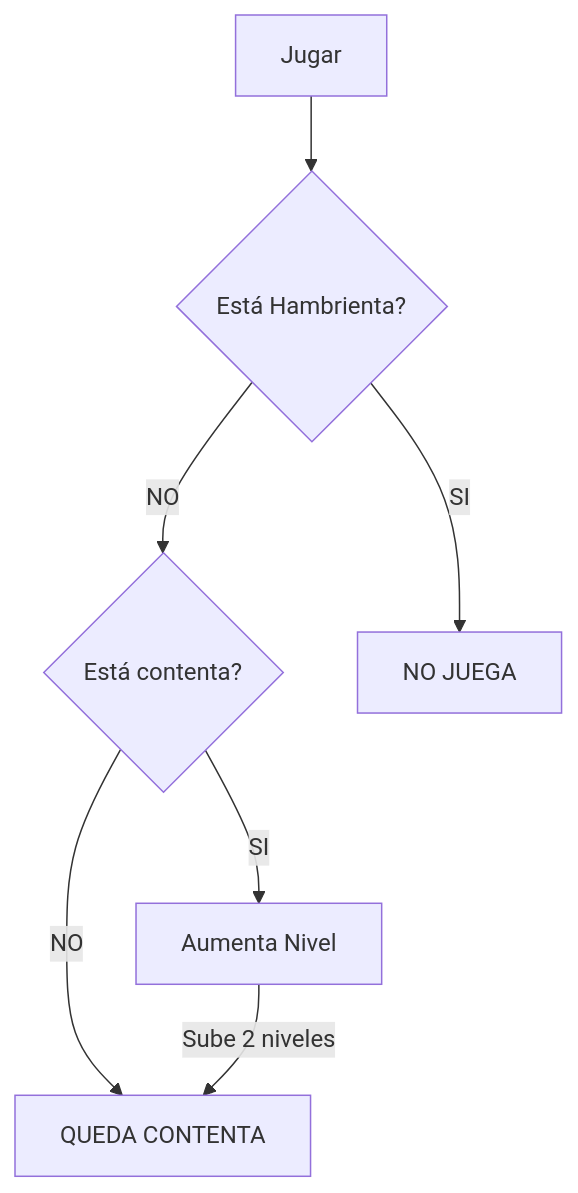
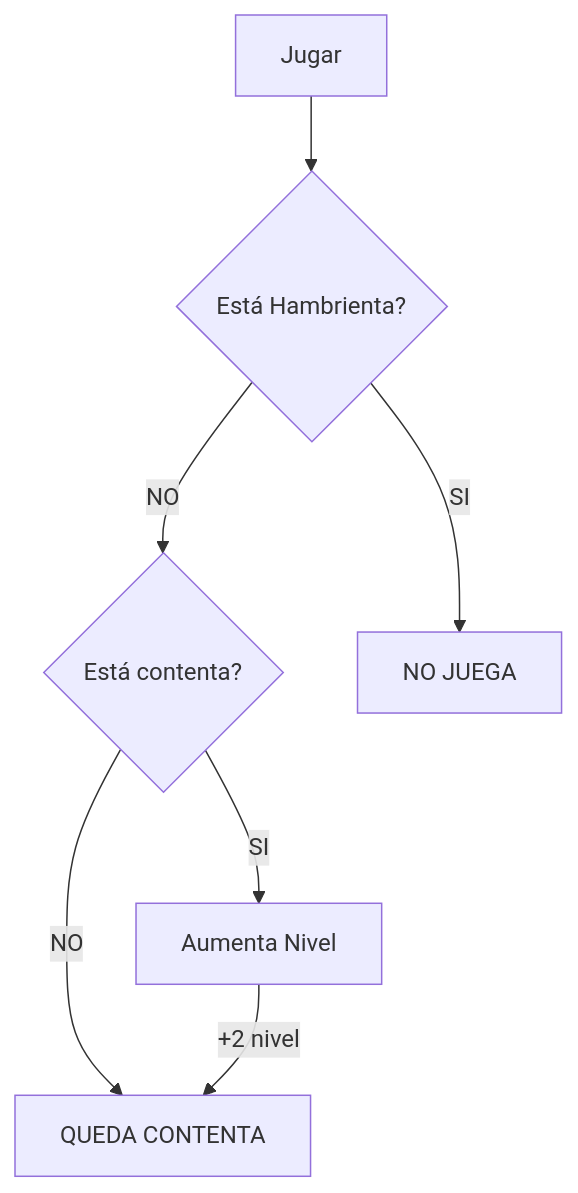
Before and after one commit to NekroDealsWithIT/sandbox: the third of 3 diagrams in CAC/Java Spring 2022 2/Actividades/1 EjercicioNivelatorio/Readme.md, drawn with Mermaid.

Commit message:
Typo, cleanup

````diff
--- a/CAC/Java Spring 2022 2/Actividades/1 EjercicioNivelatorio/Readme.md
+++ b/CAC/Java Spring 2022 2/Actividades/1 EjercicioNivelatorio/Readme.md
@@ -111,15 +111,15 @@
 ```mermaid
 	graph TD
 		isHungry{Está Hambrienta?}
 		isHappy{Está contenta?}
 		Jugar[Jugar] --> isHungry
 
 		isHungry -->|SI| NO_JUEGA[NO JUEGA]
 		isHungry -->|NO| isHappy
 		isHappy -->|NO| QUEDA_CONTENTA
 		isHappy -->|SI| aumentaNivel
 		aumentaNivel[Aumenta Nivel]
-		aumentaNivel --> |Sube 2 niveles| QUEDA_CONTENTA
+		aumentaNivel --> |+2 nivel| QUEDA_CONTENTA
 
 		QUEDA_CONTENTA[QUEDA CONTENTA]
 ```
````
